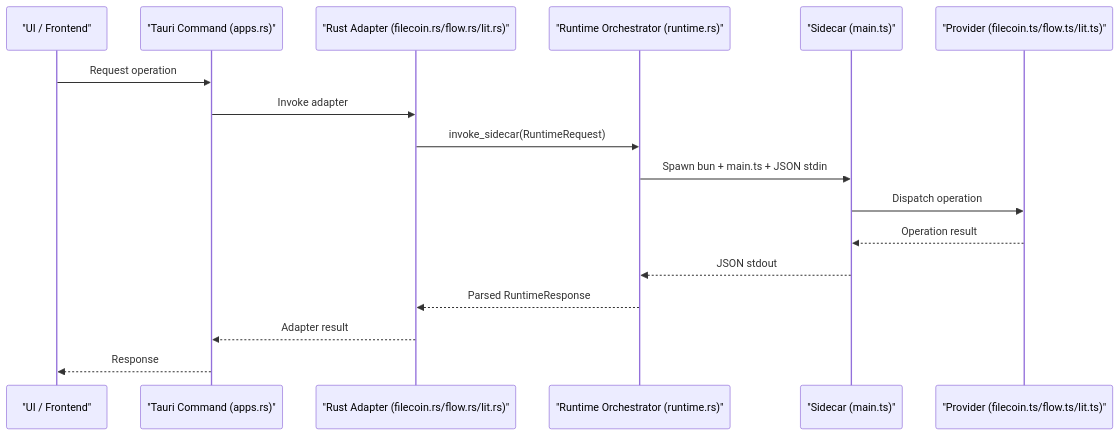
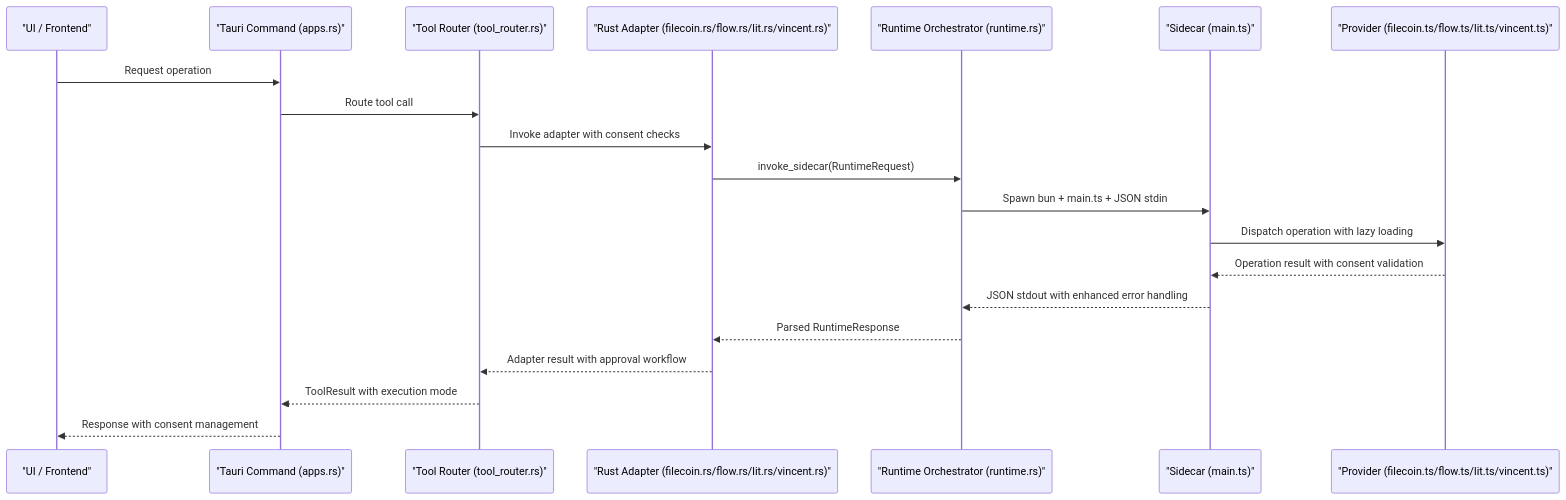
Before and after one commit to sanketnighot/shadow-protocol: the second of 10 diagrams in .qoder/repowiki/en/content/Applications & Extensions/Runtime Providers.md, drawn with Mermaid. The commit also changed other lines of this file and 9 other files, not shown here.

First line of the commit message:
feat: Enhance SHADOW Protocol with new Flow and AI services integration

````diff
--- a/.qoder/repowiki/en/content/Applications & Extensions/Runtime Providers.md
+++ b/.qoder/repowiki/en/content/Applications & Extensions/Runtime Providers.md
@@ -112,19 +150,22 @@
 ```mermaid
 sequenceDiagram
 participant UI as "UI / Frontend"
 participant CMD as "Tauri Command (apps.rs)"
-participant RS as "Rust Adapter (filecoin.rs/flow.rs/lit.rs)"
+participant TR as "Tool Router (tool_router.rs)"
+participant RS as "Rust Adapter (filecoin.rs/flow.rs/lit.rs/vincent.rs)"
 participant RT as "Runtime Orchestrator (runtime.rs)"
 participant TS as "Sidecar (main.ts)"
-participant PF as "Provider (filecoin.ts/flow.ts/lit.ts)"
+participant PF as "Provider (filecoin.ts/flow.ts/lit.ts/vincent.ts)"
 UI->>CMD : Request operation
-CMD->>RS : Invoke adapter
+CMD->>TR : Route tool call
+TR->>RS : Invoke adapter with consent checks
 RS->>RT : invoke_sidecar(RuntimeRequest)
 RT->>TS : Spawn bun + main.ts + JSON stdin
-TS->>PF : Dispatch operation
-PF-->>TS : Operation result
-TS-->>RT : JSON stdout
+TS->>PF : Dispatch operation with lazy loading
+PF-->>TS : Operation result with consent validation
+TS-->>RT : JSON stdout with enhanced error handling
 RT-->>RS : Parsed RuntimeResponse
-RS-->>CMD : Adapter result
-CMD-->>UI : Response
+RS-->>TR : Adapter result with approval workflow
+TR-->>CMD : ToolResult with execution mode
+CMD-->>UI : Response with consent management
 ```
````
